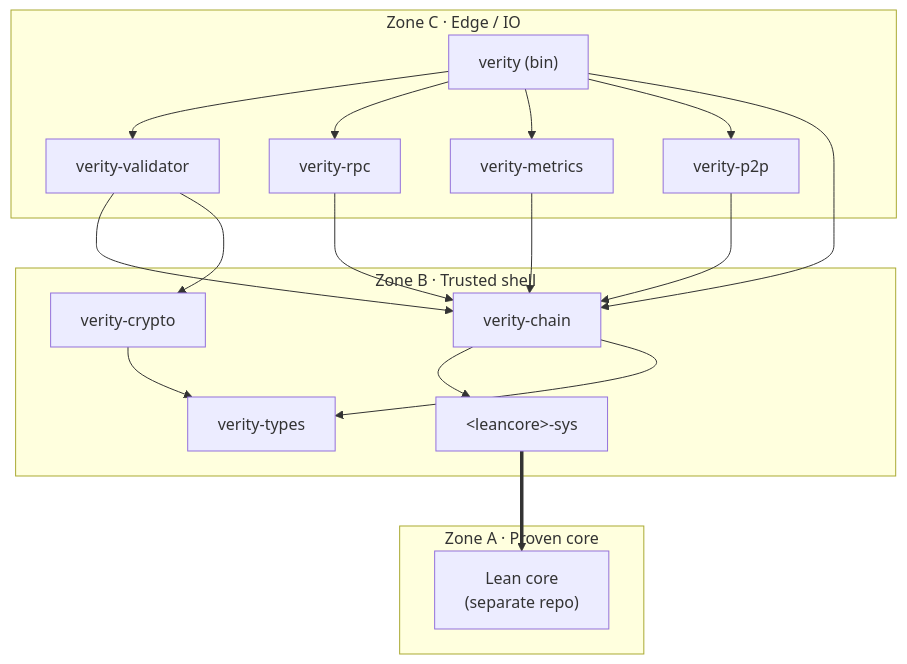
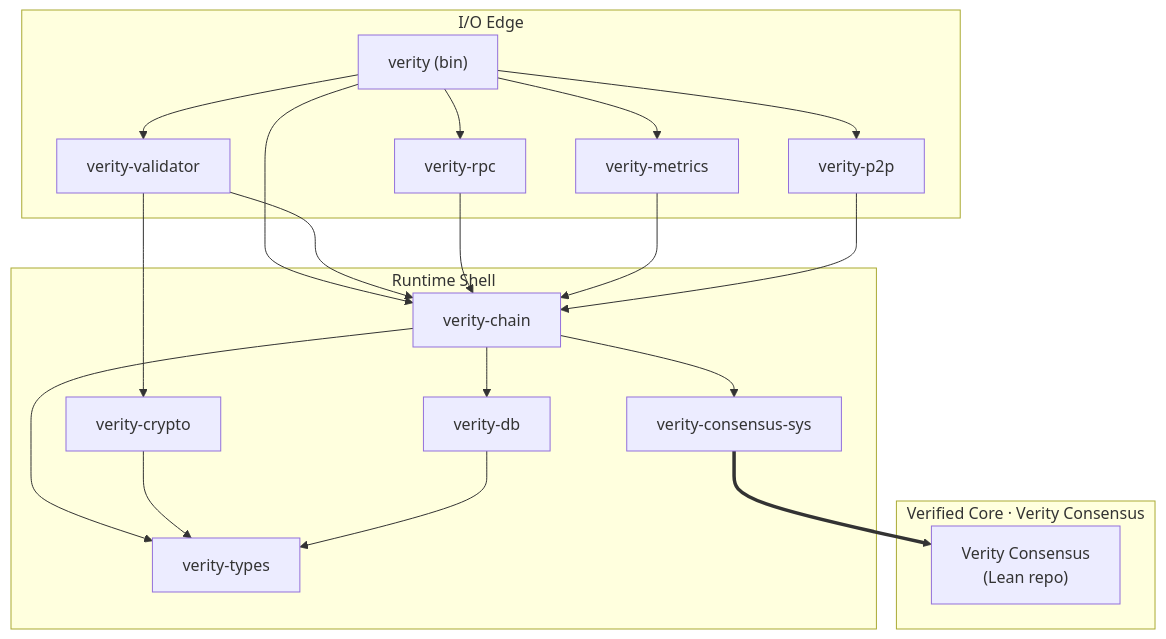
One commit to NyxFoundation/verity changed the third of 3 diagrams in ARCHITECTURE.md. Above: the diagram before and after it, drawn with Mermaid. The commit also changed other lines of this file and 5 other files, not shown here.

First line of the commit message:
docs: movable-boundary architecture and domain model (#3)

````diff
--- a/ARCHITECTURE.md
+++ b/ARCHITECTURE.md
@@ -136,33 +156,36 @@
 ```mermaid
 flowchart TB
-    subgraph ZC["Zone C · Edge / IO"]
+    subgraph ZC["I/O Edge"]
         BIN["verity (bin)"]
         VAL["verity-validator"]
         RPC["verity-rpc"]
         MET["verity-metrics"]
         P2P["verity-p2p"]
     end
-    subgraph ZB["Zone B · Trusted shell"]
+    subgraph ZB["Runtime Shell"]
         CHAIN["verity-chain"]
         CRYPTO["verity-crypto"]
+        DB["verity-db"]
         TYPES["verity-types"]
-        SYS["&lt;leancore&gt;-sys"]
+        SYS["verity-consensus-sys"]
     end
-    subgraph ZA["Zone A · Proven core"]
-        LEAN["Lean core<br/>(separate repo)"]
+    subgraph ZA["Verified Core · Verity Consensus"]
+        LEAN["Verity Consensus<br/>(Lean repo)"]
     end
     BIN --> VAL
     BIN --> RPC
     BIN --> MET
     BIN --> P2P
     BIN --> CHAIN
     VAL --> CHAIN
     VAL --> CRYPTO
     RPC --> CHAIN
     MET --> CHAIN
     P2P --> CHAIN
     CHAIN --> SYS
     SYS ==> LEAN
+    CHAIN --> DB
     CHAIN --> TYPES
     CRYPTO --> TYPES
+    DB --> TYPES
 ```
````
